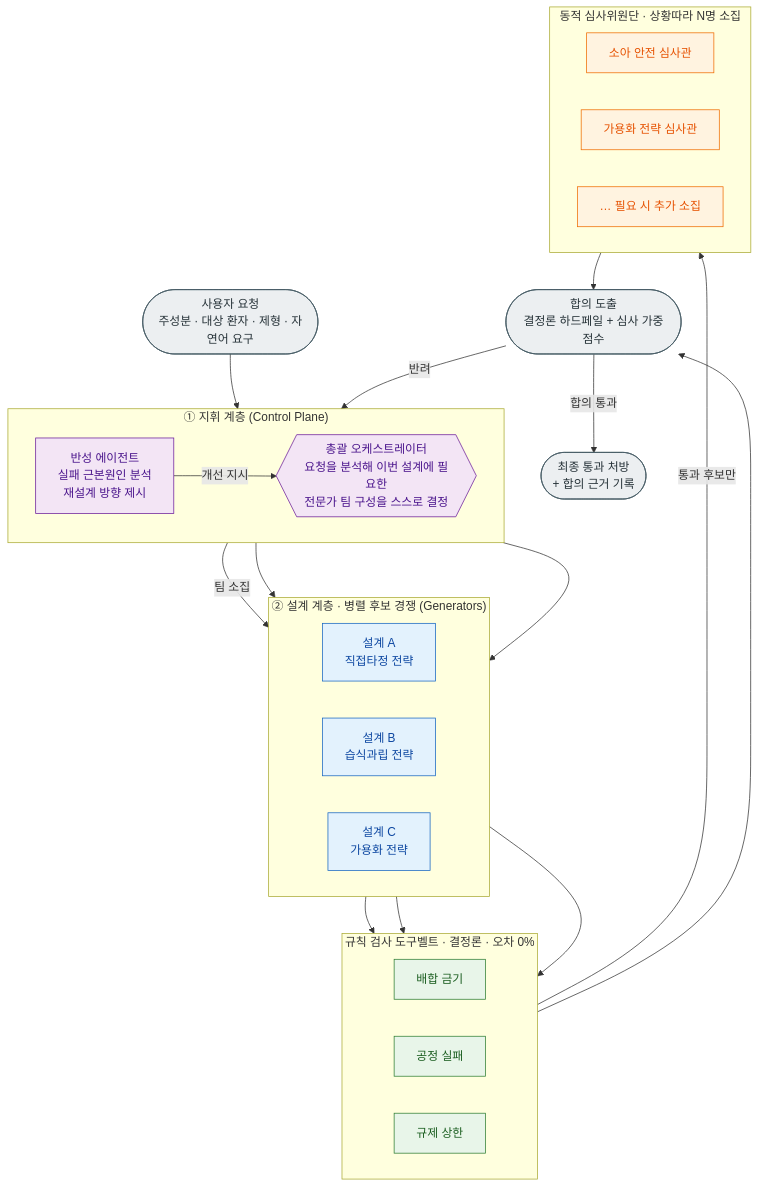
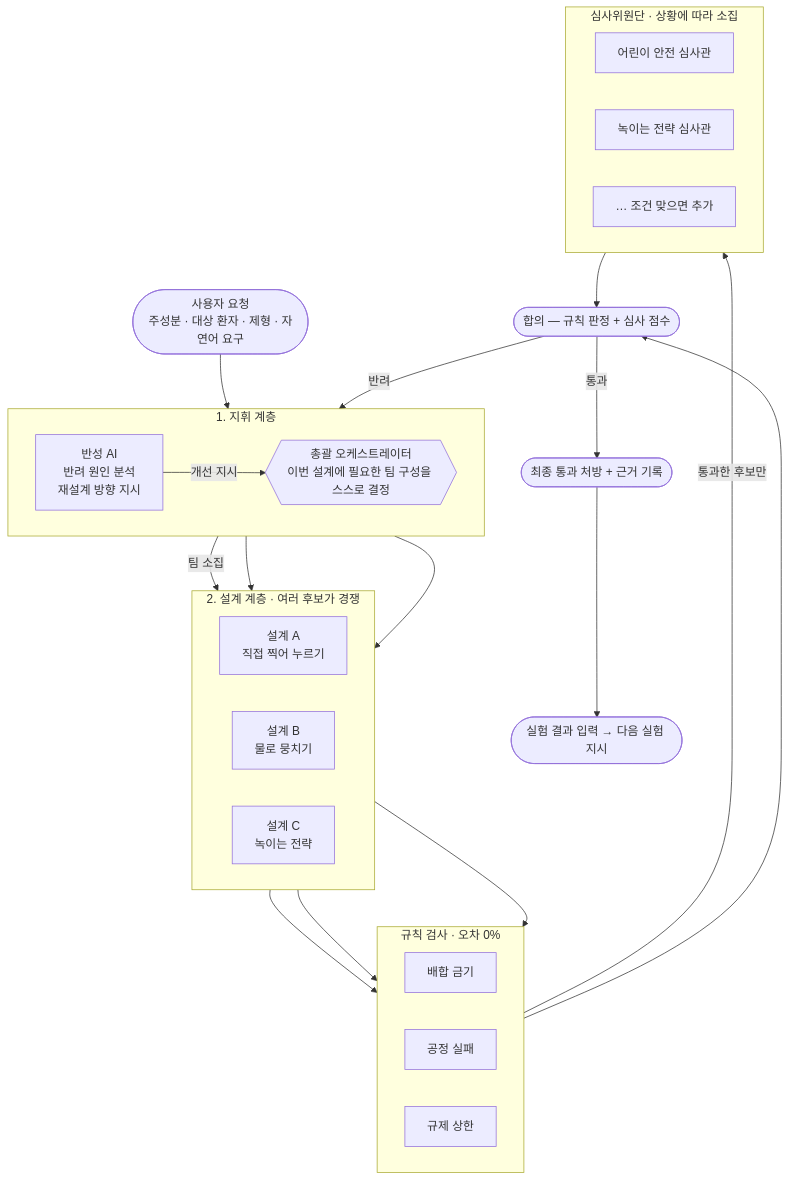
Before and after one commit to zihwaan/formula1-qbd: the diagram in README.md, drawn with Mermaid. The commit also changed other lines of this file and 10 other files, not shown here.

````diff
--- a/README.md
+++ b/README.md
@@ -95,60 +79,50 @@
 ```mermaid
 flowchart TB
     U(["사용자 요청<br/>주성분 · 대상 환자 · 제형 · 자연어 요구"])
 
-    subgraph T1["① 지휘 계층 (Control Plane)"]
+    subgraph T1["1. 지휘 계층"]
         direction LR
-        O{{"총괄 오케스트레이터<br/>요청을 분석해 이번 설계에 필요한<br/>전문가 팀 구성을 스스로 결정"}}
-        R["반성 에이전트<br/>실패 근본원인 분석<br/>재설계 방향 제시"]
+        O{{"총괄 오케스트레이터<br/>이번 설계에 필요한 팀 구성을 스스로 결정"}}
+        R["반성 AI<br/>반려 원인 분석<br/>재설계 방향 지시"]
     end
 
-    subgraph T2["② 설계 계층 · 병렬 후보 경쟁 (Generators)"]
+    subgraph T2["2. 설계 계층 · 여러 후보가 경쟁"]
         direction LR
-        G1["설계 A<br/>직접타정 전략"]
-        G2["설계 B<br/>습식과립 전략"]
-        G3["설계 C<br/>가용화 전략"]
+        G1["설계 A<br/>직접 찍어 누르기"]
+        G2["설계 B<br/>물로 뭉치기"]
+        G3["설계 C<br/>녹이는 전략"]
     end
 
-    subgraph DET["규칙 검사 도구벨트 · 결정론 · 오차 0%"]
+    subgraph DET["규칙 검사 · 오차 0%"]
         direction LR
         D1["배합 금기"]
         D2["공정 실패"]
         D3["규제 상한"]
     end
 
-    subgraph JUD["동적 심사위원단 · 상황따라 N명 소집"]
+    subgraph JUD["심사위원단 · 상황에 따라 소집"]
         direction LR
-        J1["소아 안전 심사관"]
-        J2["가용화 전략 심사관"]
-        Jn["… 필요 시 추가 소집"]
+        J1["어린이 안전 심사관"]
+        J2["녹이는 전략 심사관"]
+        Jn["… 조건 맞으면 추가"]
     end
 
-    CO(["합의 도출<br/>결정론 하드페일 + 심사 가중점수"])
-    F(["최종 통과 처방<br/>+ 합의 근거 기록"])
+    CO(["합의 — 규칙 판정 + 심사 점수"])
+    F(["최종 통과 처방 + 근거 기록"])
+    L(["실험 결과 입력 → 다음 실험 지시"])
 
     U --> O
     O -->|팀 소집| G1
     O --> G2
     O --> G3
     G1 --> DET
     G2 --> DET
     G3 --> DET
-    DET -->|통과 후보만| JUD
+    DET -->|통과한 후보만| JUD
     DET --> CO
     JUD --> CO
     CO -->|반려| R
     R -->|개선 지시| O
-    CO -->|합의 통과| F
-
-    classDef ctrl fill:#f3e5f5,stroke:#6a1b9a,color:#4a148c;
-    classDef gen fill:#e3f2fd,stroke:#1565c0,color:#0d47a1;
-    classDef det fill:#e8f5e9,stroke:#2e7d32,color:#1b5e20;
-    classDef jud fill:#fff3e0,stroke:#ef6c00,color:#e65100;
-    classDef io fill:#eceff1,stroke:#455a64,color:#263238;
-
-    class O,R ctrl;
-    class G1,G2,G3 gen;
-    class D1,D2,D3 det;
-    class J1,J2,Jn jud;
-    class U,CO,F io;
+    CO -->|통과| F
+    F --> L
 ```
````
